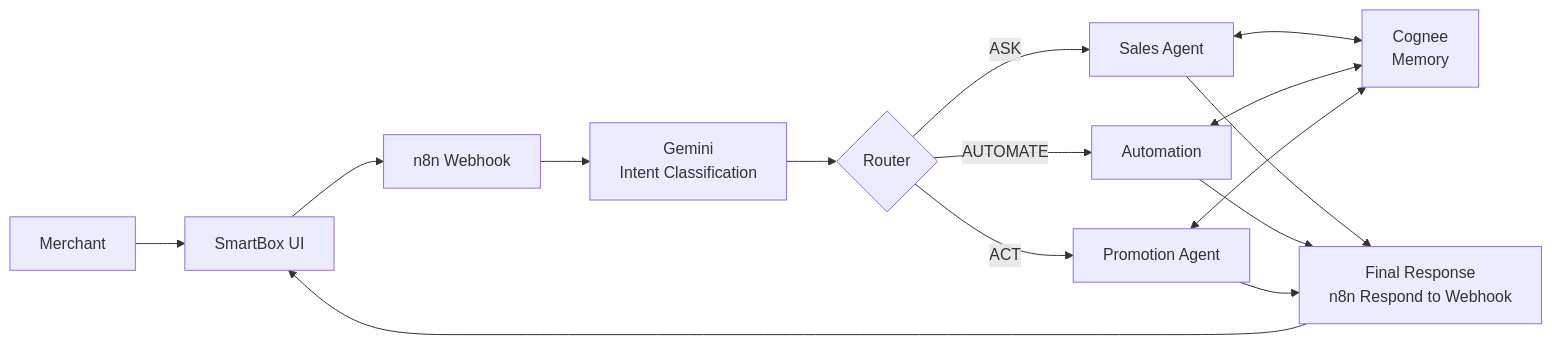
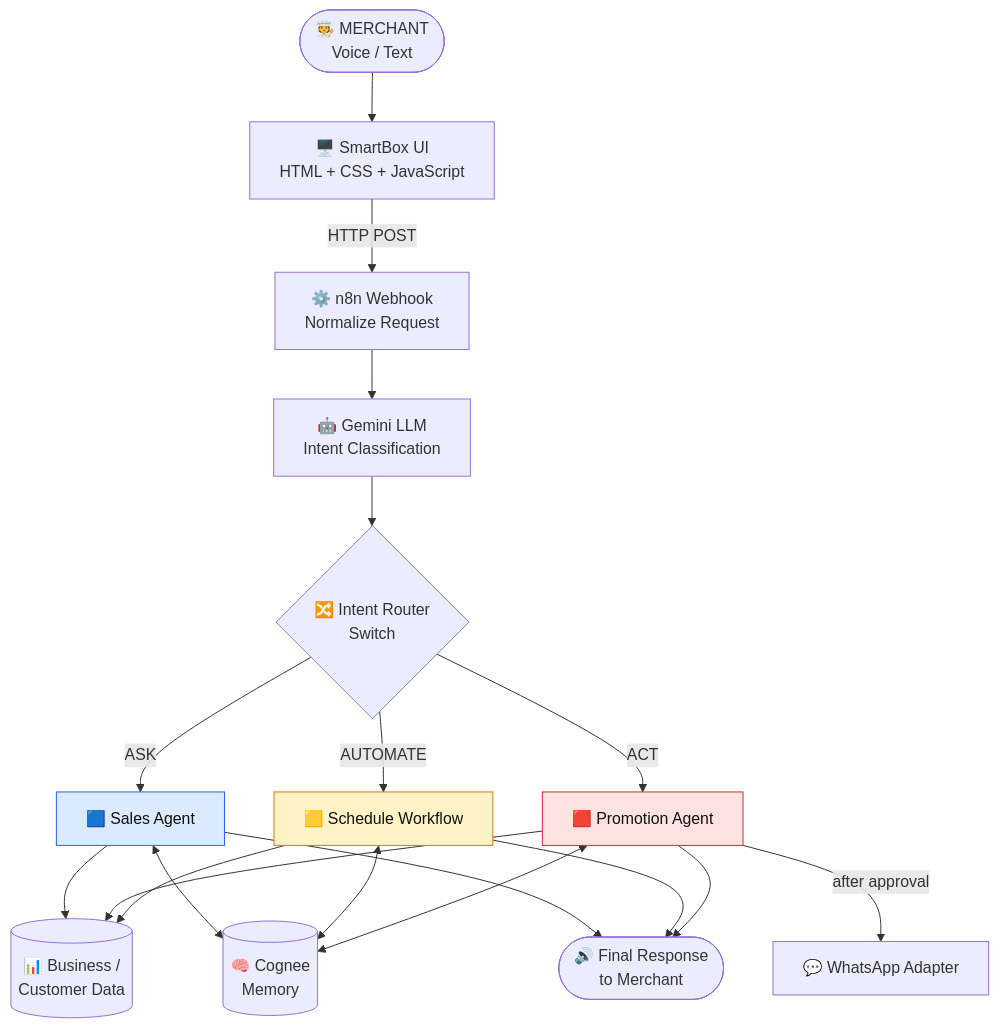
The first of 2 diagrams in README.md (ranjeet22/Paytm-SmartBox), drawn with Mermaid before and after one commit. The commit also changed other lines of this file, not shown here.

````diff
--- a/README.md
+++ b/README.md
@@ -53,21 +79,32 @@
 ```mermaid
-flowchart LR
-    M["Merchant"] --> UI["SmartBox UI"]
-    UI --> N["n8n Webhook"]
-    N --> G["Gemini<br/>Intent Classification"]
-    G --> R{"Router"}
+flowchart TD
+    M(["🧑‍🍳 MERCHANT<br/>Voice / Text"]) --> UI["🖥️ SmartBox UI<br/>HTML + CSS + JavaScript"]
+    UI -->|HTTP POST| WH["⚙️ n8n Webhook<br/>Normalize Request"]
 
-    R -->|ASK| A["Sales Agent"]
-    R -->|AUTOMATE| B["Automation"]
-    R -->|ACT| C["Promotion Agent"]
+    WH --> G["🤖 Gemini LLM<br/>Intent Classification"]
+    G --> SW{"🔀 Intent Router<br/>Switch"}
 
-    A <--> MEM["Cognee<br/>Memory"]
-    B <--> MEM
-    C <--> MEM
+    SW -->|ASK| ASK["🟦 Sales Agent"]
+    SW -->|AUTOMATE| AUTO["🟨 Schedule Workflow"]
+    SW -->|ACT| ACT["🟥 Promotion Agent"]
 
-    A --> OUT["Final Response<br/>n8n Respond to Webhook"]
-    B --> OUT
-    C --> OUT
+    ASK --> DATA[("📊 Business /<br/>Customer Data")]
+    ACT --> DATA
+    AUTO --> DATA
 
-    OUT --> UI
+    ASK <--> MEM[("🧠 Cognee<br/>Memory")]
+    AUTO <--> MEM
+    ACT <--> MEM
+
+    ASK --> R(["🔊 Final Response<br/>to Merchant"])
+    AUTO --> R
+    ACT -->|after approval| WA["💬 WhatsApp Adapter"]
+    ACT --> R
+
+    classDef ask fill:#dbeafe,stroke:#2563eb,color:#111;
+    classDef auto fill:#fef3c7,stroke:#d97706,color:#111;
+    classDef act fill:#fee2e2,stroke:#dc2626,color:#111;
+    class ASK ask;
+    class AUTO auto;
+    class ACT act;
 ```
````
